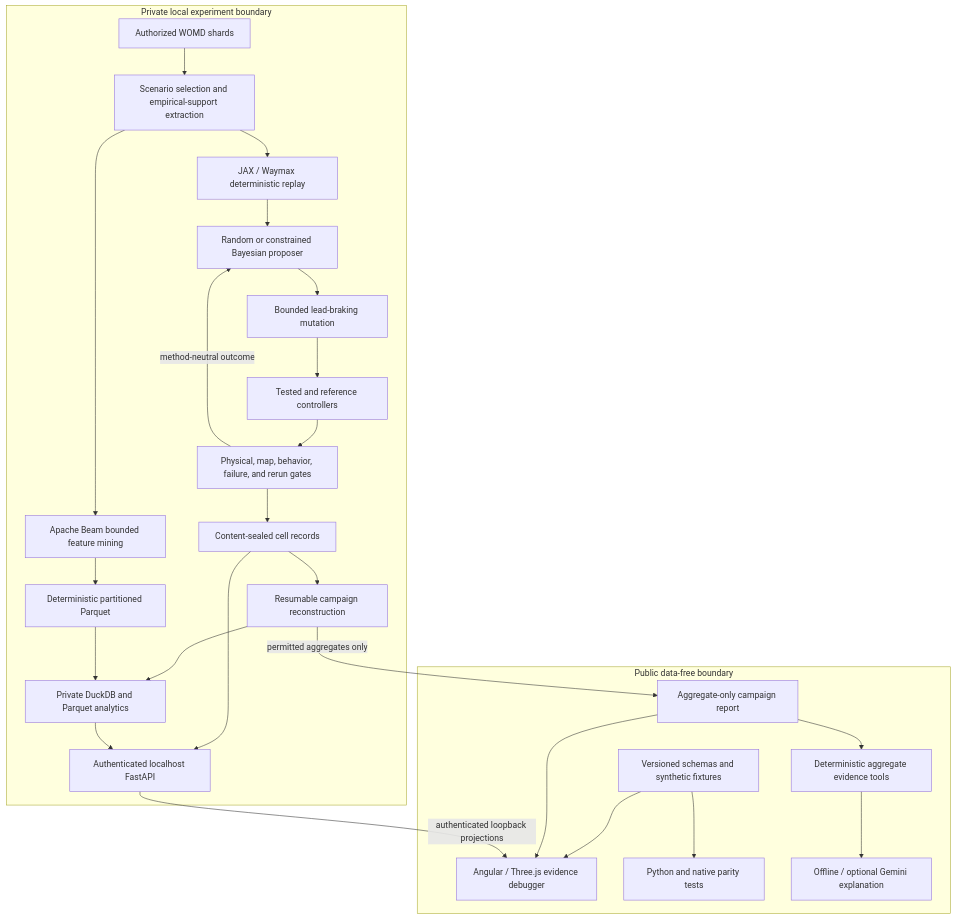
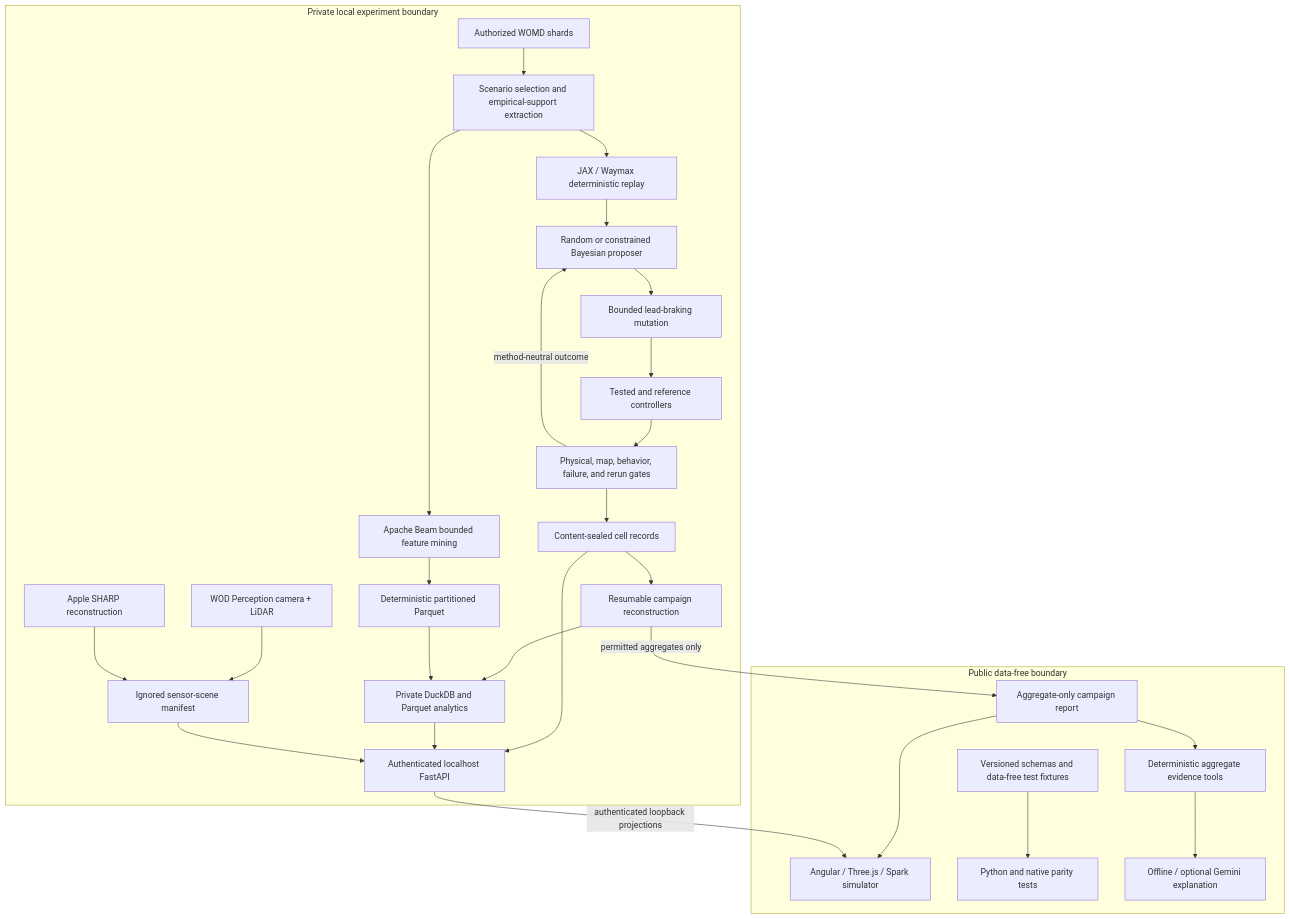
The diagram in docs/architecture.md (ethanvillalovoz/planmargin), drawn with Mermaid before and after one commit. The commit also changed other lines of this file and 63 other files, not shown here.

````diff
--- a/docs/architecture.md
+++ b/docs/architecture.md
@@ -11,37 +11,39 @@
 ```mermaid
 flowchart TB
     subgraph P["Private local experiment boundary"]
         A["Authorized WOMD shards"] --> B["Scenario selection and empirical-support extraction"]
         B --> C["JAX / Waymax deterministic replay"]
         B --> Q["Apache Beam bounded feature mining"]
         C --> G["Random or constrained Bayesian proposer"]
         G --> D["Bounded lead-braking mutation"]
         D --> E["Tested and reference controllers"]
         E --> F["Physical, map, behavior, failure, and rerun gates"]
         F -->|"method-neutral outcome"| G
         F --> H["Content-sealed cell records"]
         H --> I["Resumable campaign reconstruction"]
         I --> J["Private DuckDB and Parquet analytics"]
         Q --> R["Deterministic partitioned Parquet"]
         R --> J
         H --> O["Authenticated localhost FastAPI"]
         J --> O
+        V["WOD Perception camera + LiDAR"] --> W["Ignored sensor-scene manifest"]
+        X["Apple SHARP reconstruction"] --> W
+        W --> O
     end
 
     subgraph U["Public data-free boundary"]
-        K["Versioned schemas and synthetic fixtures"]
+        K["Versioned schemas and data-free test fixtures"]
         L["Aggregate-only campaign report"]
-        M["Angular / Three.js evidence debugger"]
+        M["Angular / Three.js / Spark simulator"]
         N["Python and native parity tests"]
         S["Deterministic aggregate evidence tools"]
         T["Offline / optional Gemini explanation"]
-        K --> M
         L --> M
         K --> N
         L --> S
         S --> T
     end
 
     I -->|"permitted aggregates only"| L
     O -->|"authenticated loopback projections"| M
 ```
````
